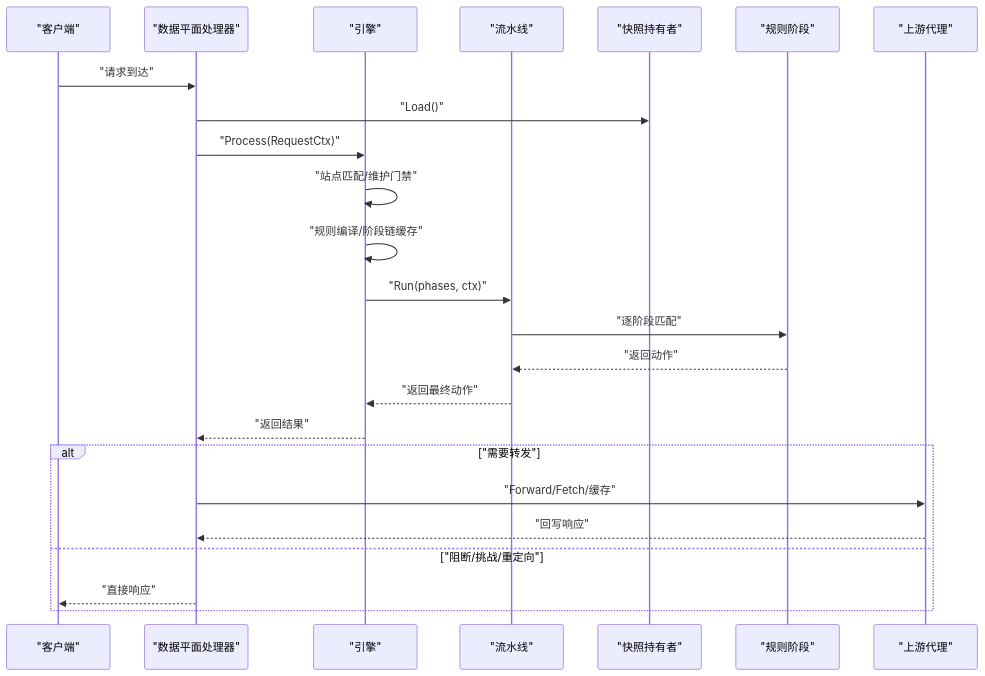
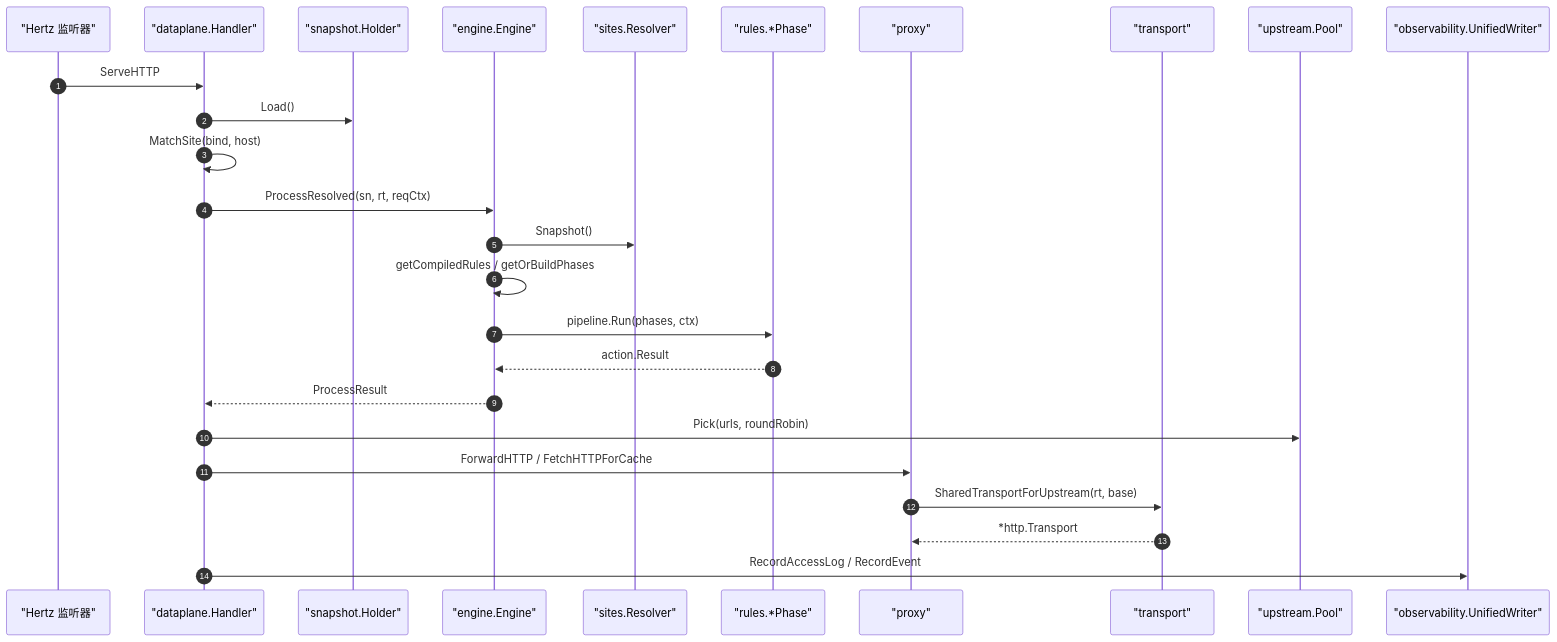
One commit to x01n/My-OpenWaf changed the fourth of 8 diagrams in docs/系统架构设计/组件关系图.md. Above: the diagram before and after it, drawn with Mermaid. The commit also changed other lines of this file and 622 other files, not shown here.

````diff
--- a/docs/系统架构设计/组件关系图.md
+++ b/docs/系统架构设计/组件关系图.md
@@ -251,26 +325,28 @@
 ```mermaid
 sequenceDiagram
-participant C as "客户端"
-participant H as "数据平面处理器"
-participant E as "引擎"
-participant P as "流水线"
-participant S as "快照持有者"
-participant R as "规则阶段"
-participant X as "上游代理"
-C->>H : "请求到达"
-H->>S : "Load()"
-H->>E : "Process(RequestCtx)"
-E->>E : "站点匹配/维护门禁"
-E->>E : "规则编译/阶段链缓存"
-E->>P : "Run(phases, ctx)"
-P->>R : "逐阶段匹配"
-R-->>P : "返回动作"
-P-->>E : "返回最终动作"
-E-->>H : "返回结果"
-alt "需要转发"
-H->>X : "Forward/Fetch/缓存"
-X-->>H : "回写响应"
-else "阻断/挑战/重定向"
-H-->>C : "直接响应"
-end
+  autonumber
+  participant HZ as "Hertz 监听器"
+  participant DP as "dataplane.Handler"
+  participant HO as "snapshot.Holder"
+  participant EN as "engine.Engine"
+  participant RS as "sites.Resolver"
+  participant PH as "rules.*Phase"
+  participant PR as "proxy"
+  participant TP as "transport"
+  participant UP as "upstream.Pool"
+  participant OW as "observability.UnifiedWriter"
+  HZ->>DP: ServeHTTP
+  DP->>HO: Load()
+  DP->>DP: MatchSite(bind, host)
+  DP->>EN: ProcessResolved(sn, rt, reqCtx)
+  EN->>RS: Snapshot()
+  EN->>EN: getCompiledRules / getOrBuildPhases
+  EN->>PH: pipeline.Run(phases, ctx)
+  PH-->>EN: action.Result
+  EN-->>DP: ProcessResult
+  DP->>UP: Pick(urls, roundRobin)
+  DP->>PR: ForwardHTTP / FetchHTTPForCache
+  PR->>TP: SharedTransportForUpstream(rt, base)
+  TP-->>PR: *http.Transport
+  DP->>OW: RecordAccessLog / RecordEvent
 ```
````
